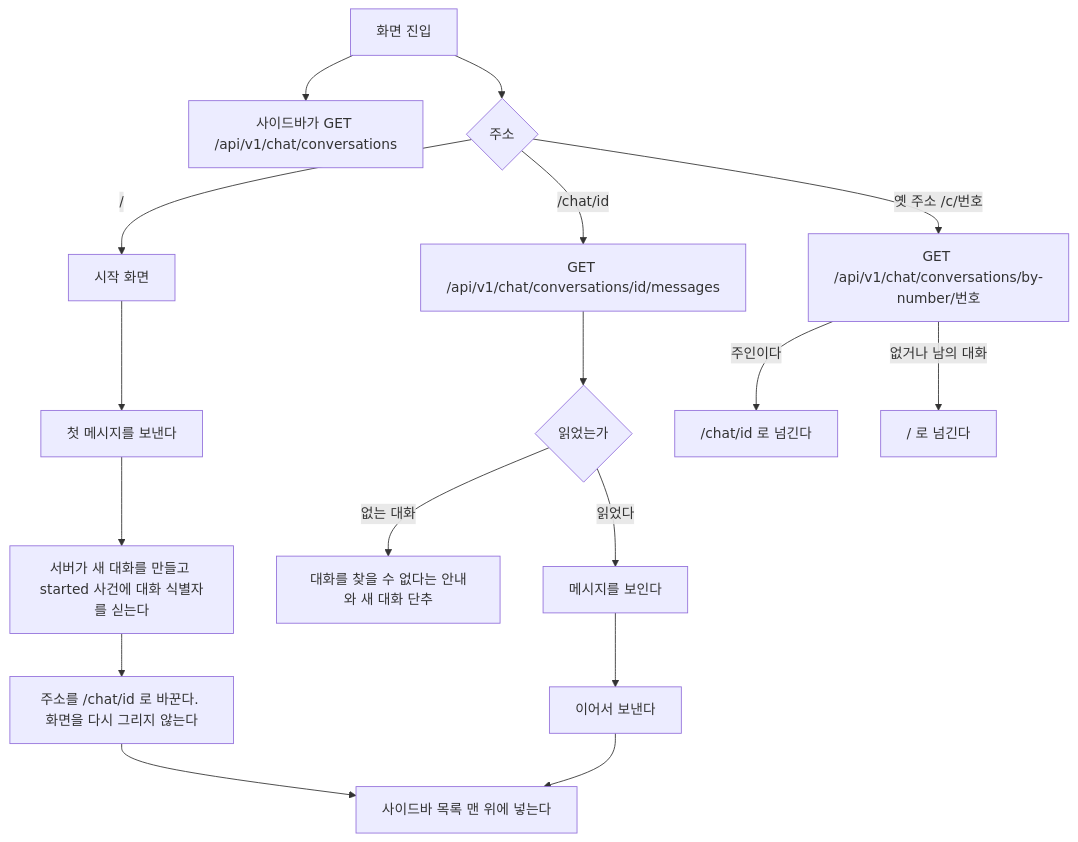
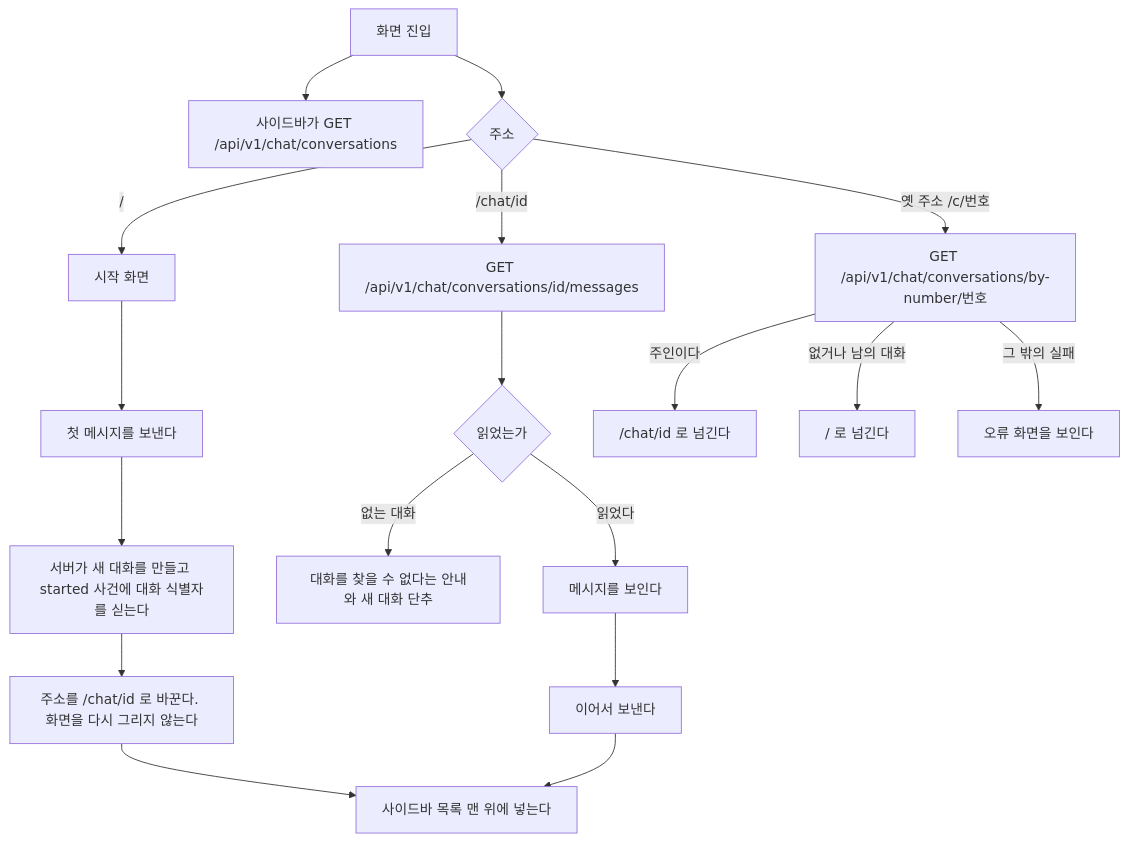
Before and after one commit to jon890/fos-assistant: the ninth of 14 diagrams in docs/flow.md, drawn with Mermaid. The commit also changed other lines of this file and 1 other file, not shown here.

````diff
--- a/docs/flow.md
+++ b/docs/flow.md
@@ -418,19 +418,20 @@
 ```mermaid
 flowchart TD
     A[화면 진입] --> B[사이드바가 GET /api/v1/chat/conversations]
     A --> P{주소}
     P -- / --> N[시작 화면]
     P -- /chat/id --> F[GET /api/v1/chat/conversations/id/messages]
     P -- 옛 주소 /c/번호 --> O[GET /api/v1/chat/conversations/by-number/번호]
     O -- 주인이다 --> O1["/chat/id 로 넘긴다"]
     O -- 없거나 남의 대화 --> O2["/ 로 넘긴다"]
+    O -- 그 밖의 실패 --> O3[오류 화면을 보인다]
     F --> F1{읽었는가}
     F1 -- 없는 대화 --> X[대화를 찾을 수 없다는 안내와 새 대화 단추]
     F1 -- 읽었다 --> G[메시지를 보인다]
     N --> I[첫 메시지를 보낸다]
     I --> K[서버가 새 대화를 만들고 started 사건에 대화 식별자를 싣는다]
     K --> R[주소를 /chat/id 로 바꾼다. 화면을 다시 그리지 않는다]
     R --> M[사이드바 목록 맨 위에 넣는다]
     G --> L[이어서 보낸다]
     L --> M
 ```
````
